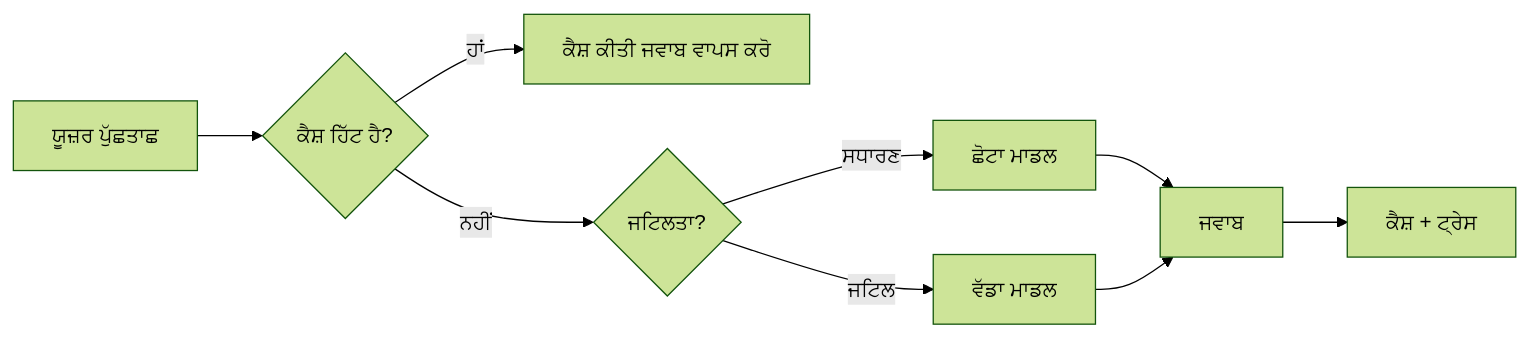
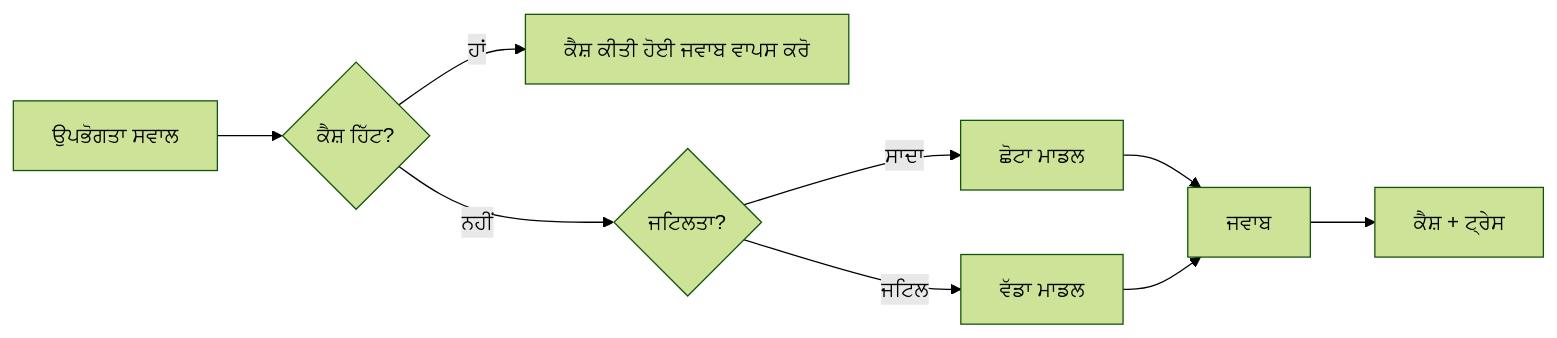
One commit to microsoft/ai-agents-for-beginners changed the third of 4 diagrams in translations/pa/16-deploying-scalable-agents/README.md. Above: the diagram before and after it, drawn with Mermaid (forest theme). The commit also changed other lines of this file and 46 other files, not shown here.

````diff
--- a/translations/pa/16-deploying-scalable-agents/README.md
+++ b/translations/pa/16-deploying-scalable-agents/README.md
@@ -134,11 +134,11 @@
 ```mermaid
 flowchart LR
-    Q[ਯੂਜ਼ਰ ਪੁੱਛਤਾਛ] --> C{ਕੈਸ਼ ਹਿੱਟ ਹੈ?}
-    C -->|ਹਾਂ| R[ਕੈਸ਼ ਕੀਤੀ ਜਵਾਬ ਵਾਪਸ ਕਰੋ]
+    Q[ਉਪਭੋਗਤਾ ਸਵਾਲ] --> C{ਕੈਸ਼ ਹਿੱਟ?}
+    C -->|ਹਾਂ| R[ਕੈਸ਼ ਕੀਤੀ ਹੋਈ ਜਵਾਬ ਵਾਪਸ ਕਰੋ]
     C -->|ਨਹੀਂ| Router{ਜਟਿਲਤਾ?}
-    Router -->|ਸਧਾਰਣ| SLM[ਛੋਟਾ ਮਾਡਲ]
+    Router -->|ਸਾਦਾ| SLM[ਛੋਟਾ ਮਾਡਲ]
     Router -->|ਜਟਿਲ| LLM[ਵੱਡਾ ਮਾਡਲ]
     SLM --> Out[ਜਵਾਬ]
     LLM --> Out
     Out --> Store[ਕੈਸ਼ + ਟ੍ਰੇਸ]
 ```
````
